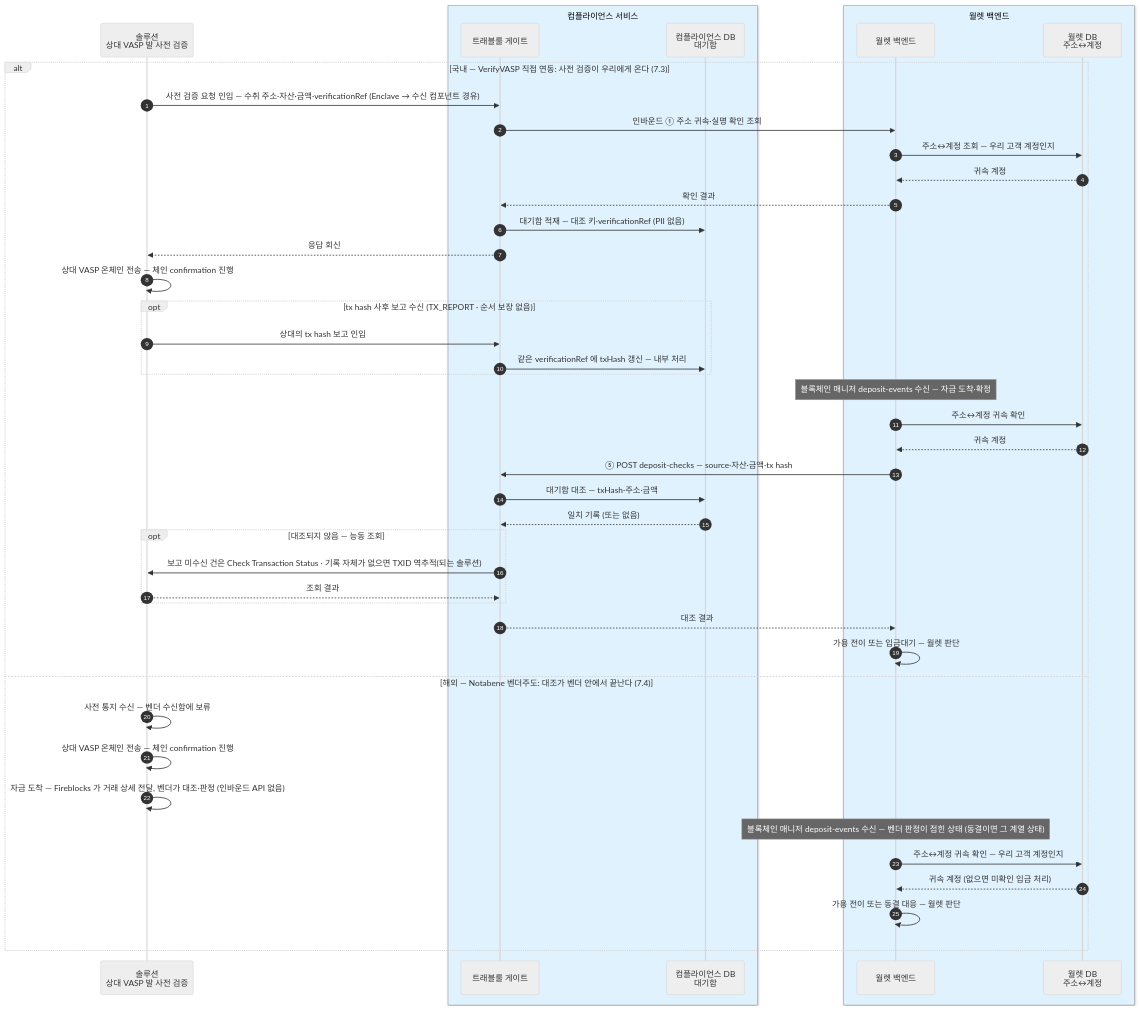
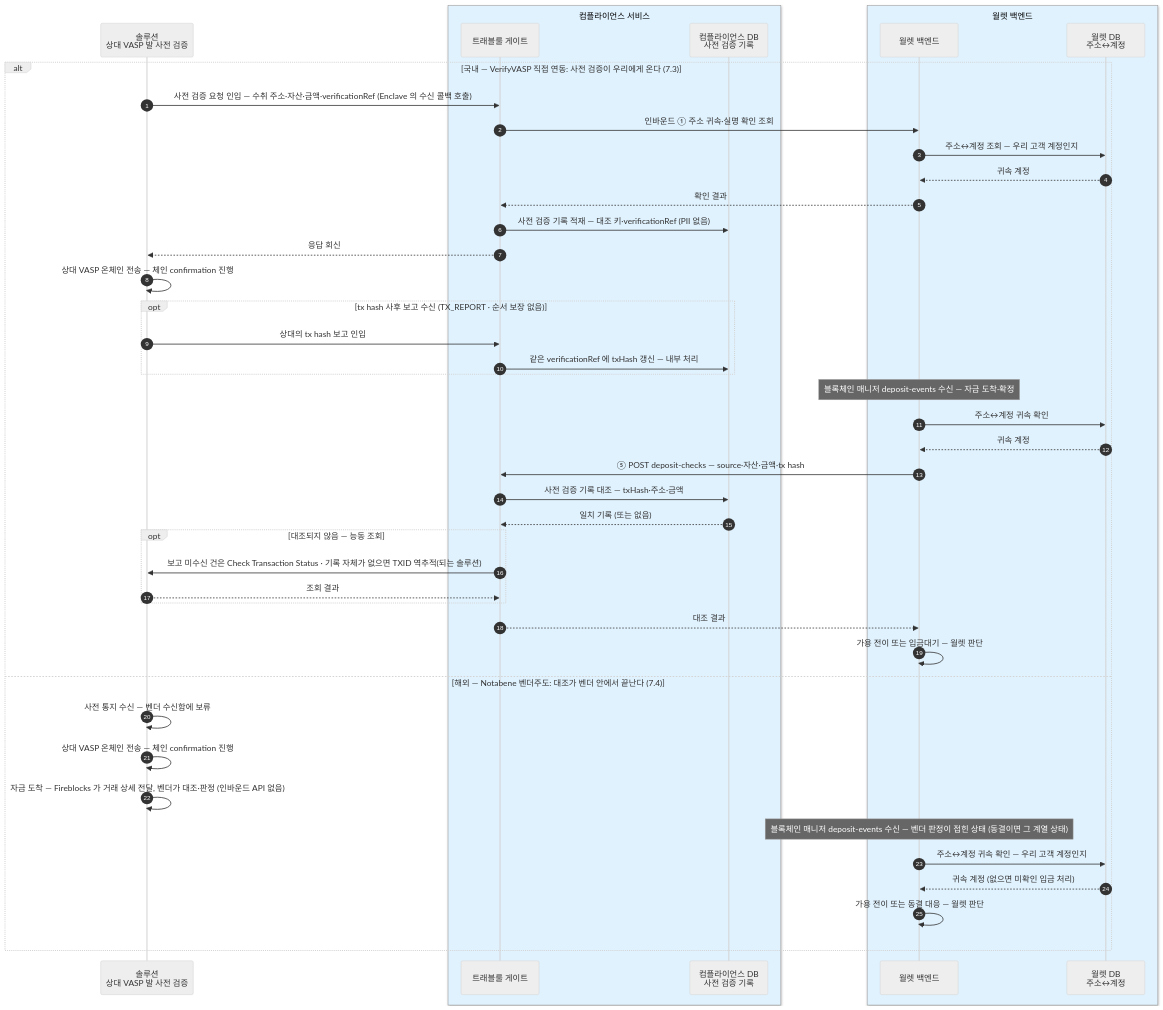
One commit to eunsujeo/eunpus changed the fourth of 4 diagrams in blockchain-manager/docs/컴플라이언스/설계/01-interface.md. Above: the diagram before and after it, drawn with Mermaid (neutral theme). The commit also changed other lines of this file and 23 other files, not shown here.

````diff
--- a/blockchain-manager/docs/컴플라이언스/설계/01-interface.md
+++ b/blockchain-manager/docs/컴플라이언스/설계/01-interface.md
@@ -158,48 +158,48 @@
 ```mermaid
 sequenceDiagram
     autonumber
     participant NET as 솔루션<br/>상대 VASP 발 사전 검증
     box rgb(224,242,254) 컴플라이언스 서비스
     participant CP as 트래블룰 게이트
-    participant CDB as 컴플라이언스 DB<br/>대기함
+    participant CDB as 컴플라이언스 DB<br/>사전 검증 기록
     end
     box rgb(224,242,254) 월렛 백엔드
     participant BE as 월렛 백엔드
     participant WDB as 월렛 DB<br/>주소↔계정
     end
 
     alt 국내 — VerifyVASP 직접 연동: 사전 검증이 우리에게 온다 (7.3)
-        NET->>CP: 사전 검증 요청 인입 — 수취 주소·자산·금액·verificationRef (Enclave → 수신 컴포넌트 경유)
+        NET->>CP: 사전 검증 요청 인입 — 수취 주소·자산·금액·verificationRef (Enclave 의 수신 콜백 호출)
         CP->>BE: 인바운드 ① 주소 귀속·실명 확인 조회
         BE->>WDB: 주소↔계정 조회 — 우리 고객 계정인지
         WDB-->>BE: 귀속 계정
         BE-->>CP: 확인 결과
-        CP->>CDB: 대기함 적재 — 대조 키·verificationRef (PII 없음)
+        CP->>CDB: 사전 검증 기록 적재 — 대조 키·verificationRef (PII 없음)
         CP-->>NET: 응답 회신
         NET->>NET: 상대 VASP 온체인 전송 — 체인 confirmation 진행
         opt tx hash 사후 보고 수신 (TX_REPORT · 순서 보장 없음)
             NET->>CP: 상대의 tx hash 보고 인입
             CP->>CDB: 같은 verificationRef 에 txHash 갱신 — 내부 처리
         end
         Note over BE: 블록체인 매니저 deposit-events 수신 — 자금 도착·확정
         BE->>WDB: 주소↔계정 귀속 확인
         WDB-->>BE: 귀속 계정
         BE->>CP: ⑤ POST deposit-checks — source·자산·금액·tx hash
-        CP->>CDB: 대기함 대조 — txHash·주소·금액
+        CP->>CDB: 사전 검증 기록 대조 — txHash·주소·금액
         CDB-->>CP: 일치 기록 (또는 없음)
         opt 대조되지 않음 — 능동 조회
             CP->>NET: 보고 미수신 건은 Check Transaction Status · 기록 자체가 없으면 TXID 역추적(되는 솔루션)
             NET-->>CP: 조회 결과
         end
         CP-->>BE: 대조 결과
         BE->>BE: 가용 전이 또는 입금대기 — 월렛 판단
     else 해외 — Notabene 벤더주도: 대조가 벤더 안에서 끝난다 (7.4)
         NET->>NET: 사전 통지 수신 — 벤더 수신함에 보류
         NET->>NET: 상대 VASP 온체인 전송 — 체인 confirmation 진행
         NET->>NET: 자금 도착 — Fireblocks 가 거래 상세 전달, 벤더가 대조·판정 (인바운드 API 없음)
         Note over BE: 블록체인 매니저 deposit-events 수신 — 벤더 판정이 접힌 상태 (동결이면 그 계열 상태)
         BE->>WDB: 주소↔계정 귀속 확인 — 우리 고객 계정인지
         WDB-->>BE: 귀속 계정 (없으면 미확인 입금 처리)
         BE->>BE: 가용 전이 또는 동결 대응 — 월렛 판단
     end
 ```
````
